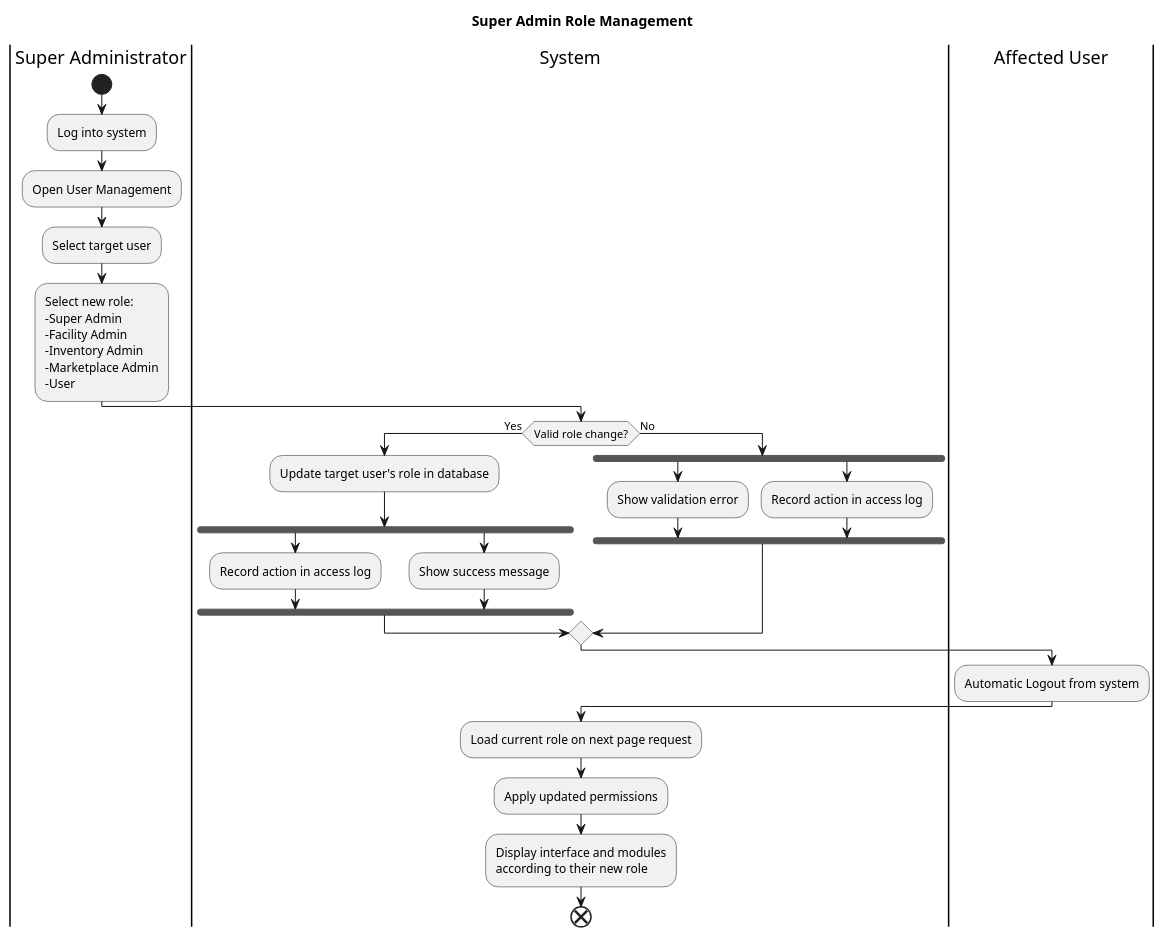
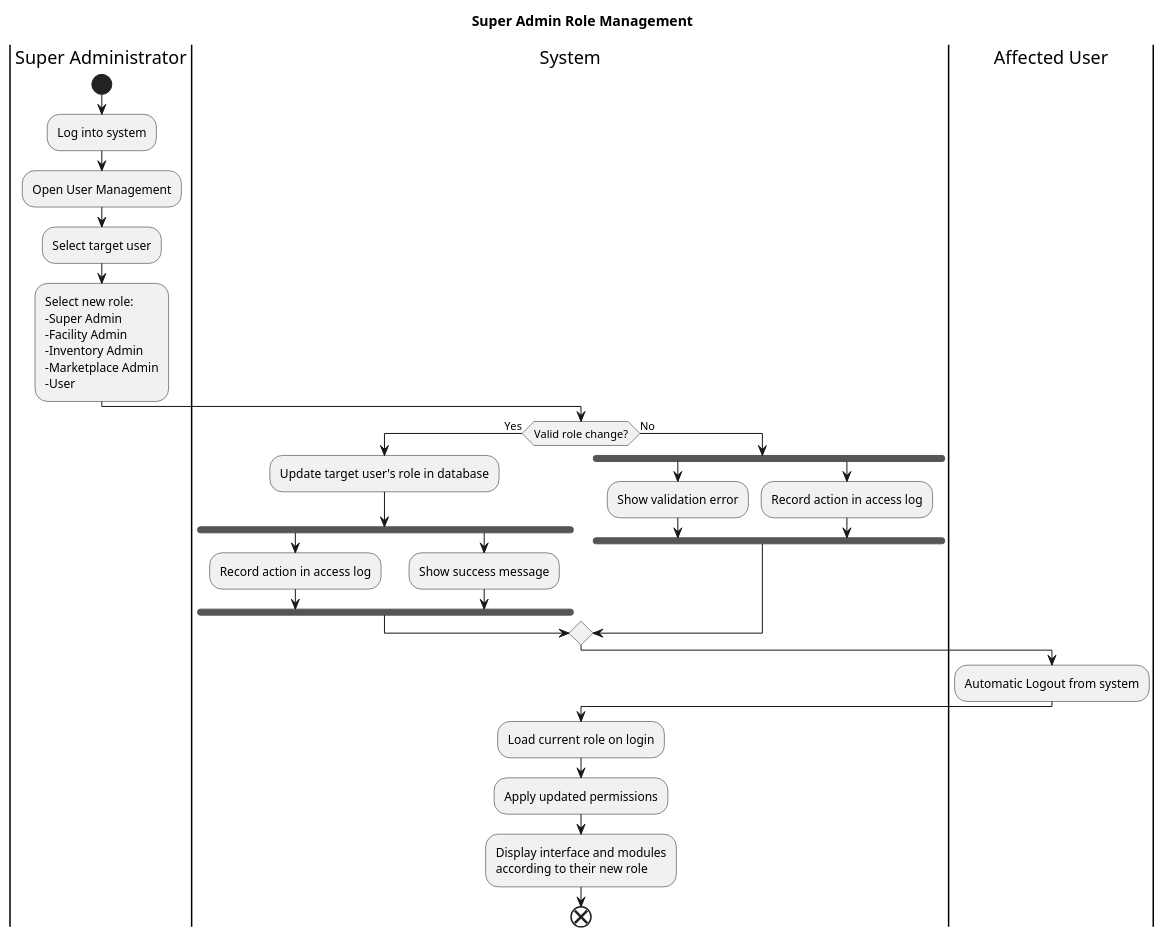
One commit to JanPerez35/PlantUML changed the diagram in activityDiagrams/Site Admin Role Management.puml. Above: the diagram before and after it, drawn with PlantUML. The commit also changed 5 other files, not shown here.

Commit message:
updated diagrams

```diff
--- a/activityDiagrams/Site Admin Role Management.puml
+++ b/activityDiagrams/Site Admin Role Management.puml
@@ -1,44 +1,44 @@
 @startuml
 title Super Admin Role Management
 
 |Super Administrator|
 start
 :Log into system;
 :Open User Management;
 :Select target user;
 :Select new role:
 -Super Admin
 -Facility Admin
 -Inventory Admin
 -Marketplace Admin
 -User;
 
 |System|
 if (Valid role change?) then (Yes)
     :Update target user's role in database;
 
     fork
       :Record action in access log;
     fork again
       :Show success message;
     end fork
 
   else (No)
   fork
     :Show validation error;
     fork again;
     :Record action in access log;
     end fork
   endif
 
 
 |Affected User|
 :Automatic Logout from system;
 
 |System|
-:Load current role on next page request;
+:Load current role on login;
 :Apply updated permissions;
 :Display interface and modules\naccording to their new role;
 
 end
 @enduml
```
